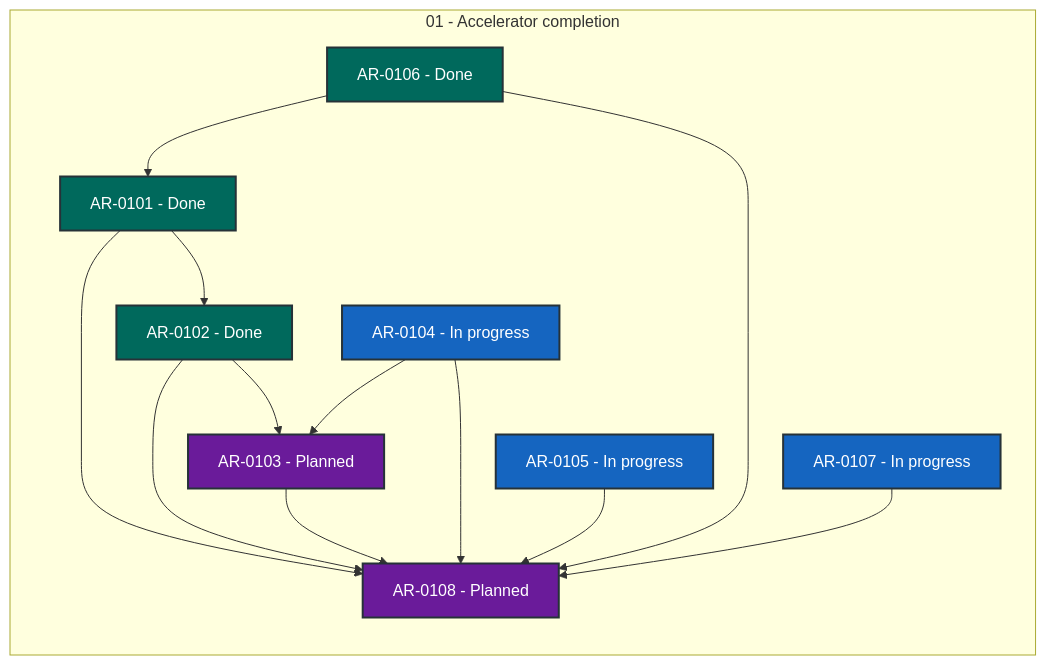
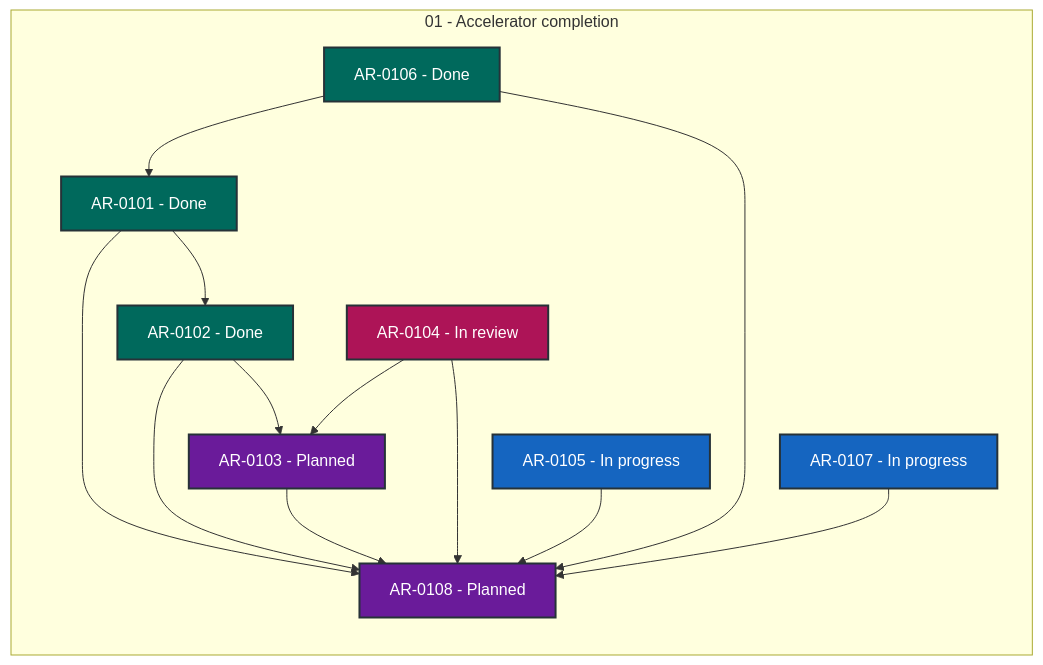
The diagram in coordination/STATUS.md (locutus3009/exgame), drawn with Mermaid before and after one commit. The commit also changed other lines of this file and 2 other files, not shown here.

````diff
--- a/coordination/STATUS.md
+++ b/coordination/STATUS.md
@@ -28,34 +28,34 @@
 ```mermaid
 flowchart LR
     subgraph series_01["01 - Accelerator completion"]
         direction TB
         AR_0101["AR-0101 - Done"]:::status_done
         AR_0102["AR-0102 - Done"]:::status_done
         AR_0103["AR-0103 - Planned"]:::status_planned
-        AR_0104["AR-0104 - In progress"]:::status_in_progress
+        AR_0104["AR-0104 - In review"]:::status_in_review
         AR_0105["AR-0105 - In progress"]:::status_in_progress
         AR_0106["AR-0106 - Done"]:::status_done
         AR_0107["AR-0107 - In progress"]:::status_in_progress
         AR_0108["AR-0108 - Planned"]:::status_planned
     end
     AR_0101 --> AR_0102
     AR_0101 --> AR_0108
     AR_0102 --> AR_0103
     AR_0102 --> AR_0108
     AR_0103 --> AR_0108
     AR_0104 --> AR_0103
     AR_0104 --> AR_0108
     AR_0105 --> AR_0108
     AR_0106 --> AR_0101
     AR_0106 --> AR_0108
     AR_0107 --> AR_0108
     classDef status_in_progress fill:#1565c0,color:#ffffff,stroke:#263238,stroke-width:2px
     classDef status_in_review fill:#ad1457,color:#ffffff,stroke:#263238,stroke-width:2px
     classDef status_open fill:#2e7d32,color:#ffffff,stroke:#263238,stroke-width:2px
     classDef status_blocked fill:#c62828,color:#ffffff,stroke:#263238,stroke-width:2px
     classDef status_planned fill:#6a1b9a,color:#ffffff,stroke:#263238,stroke-width:2px
     classDef status_future fill:#455a64,color:#ffffff,stroke:#263238,stroke-width:2px
     classDef status_done fill:#00695c,color:#ffffff,stroke:#263238,stroke-width:2px
     classDef status_cancelled fill:#616161,color:#ffffff,stroke:#263238,stroke-width:2px
     classDef status_superseded fill:#5d4037,color:#ffffff,stroke:#263238,stroke-width:2px
 ```
````
